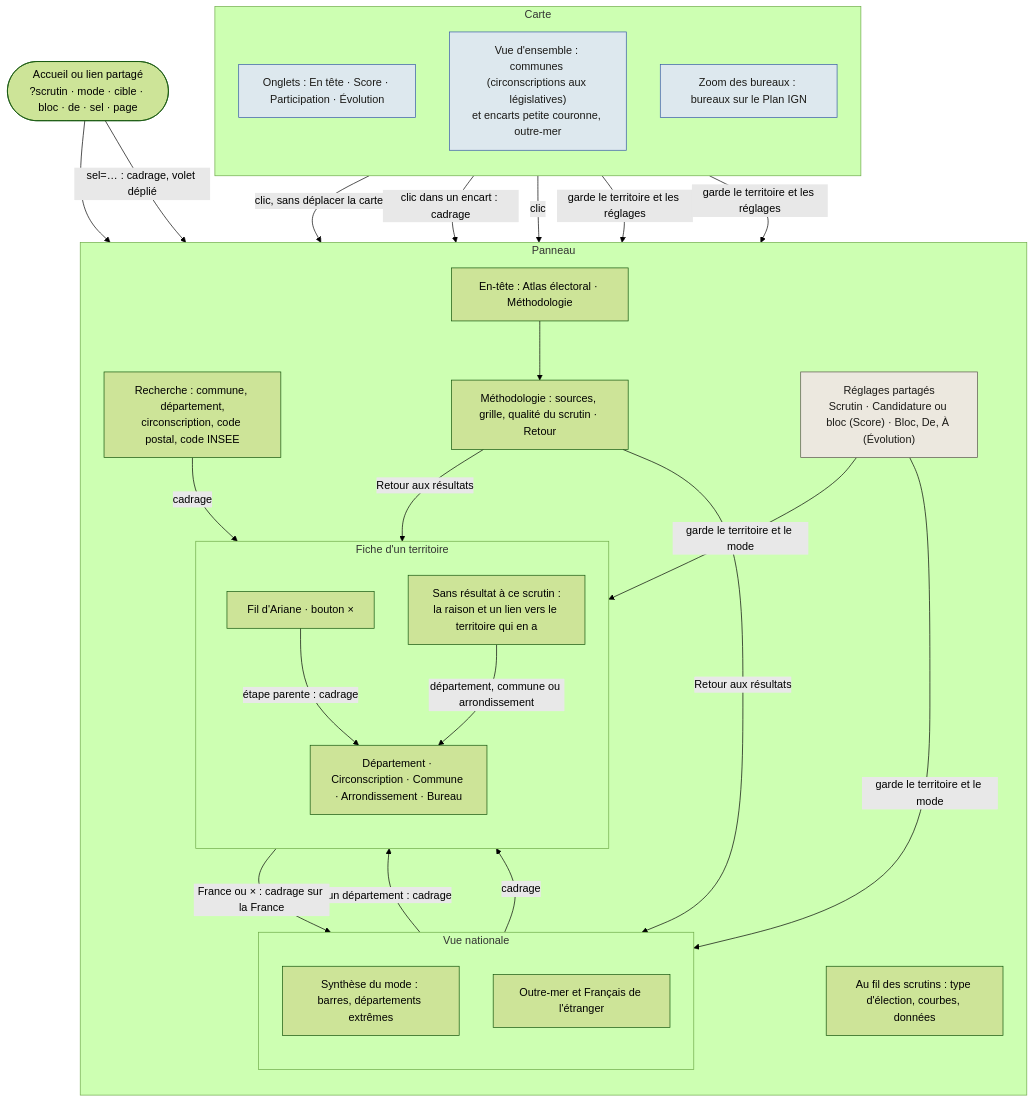
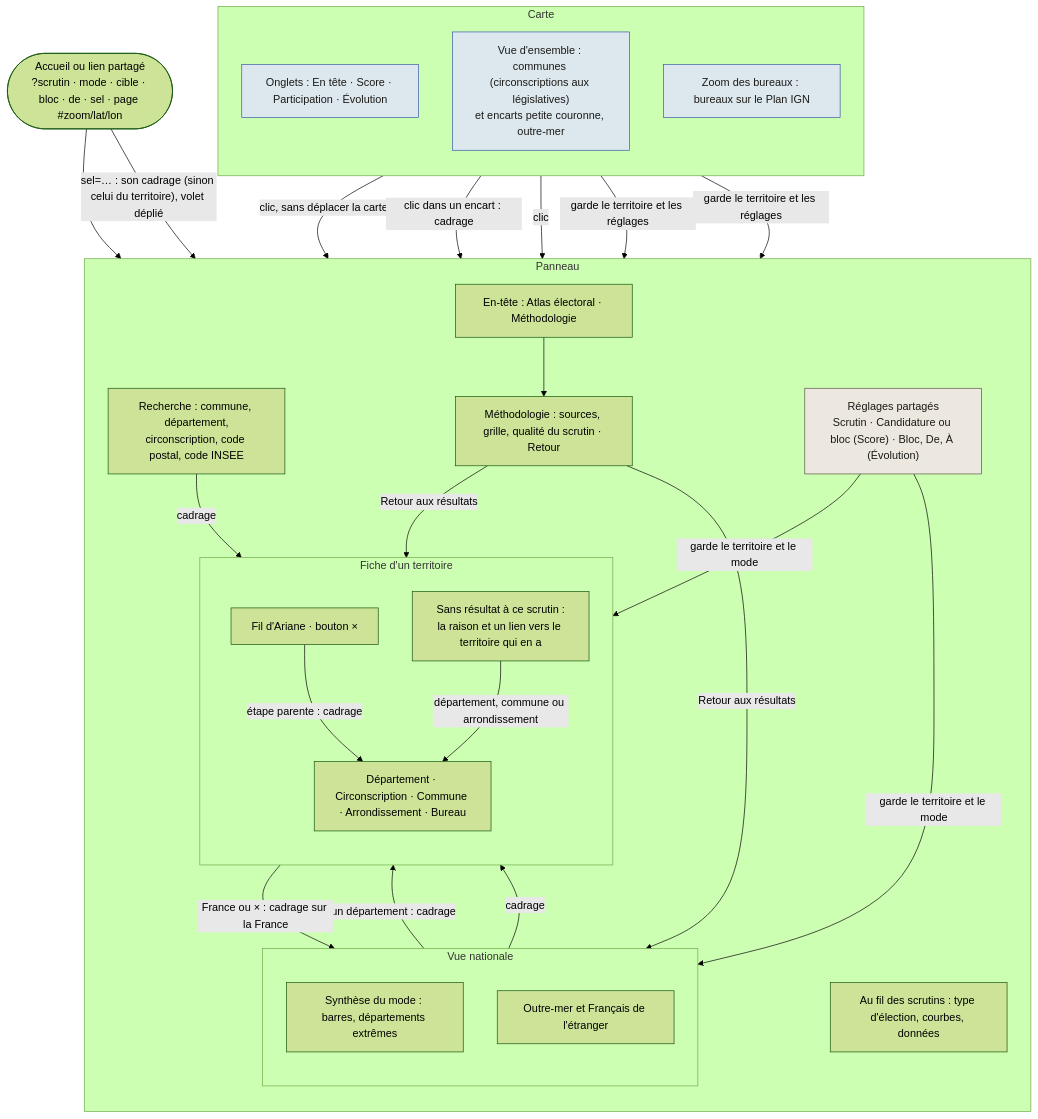
Before and after one commit to aurelien032-glitch/atlas-electoral: the diagram in docs/parcours-utilisateur.md, drawn with Mermaid (forest theme). The commit also changed other lines of this file and 6 other files, not shown here.

````diff
--- a/docs/parcours-utilisateur.md
+++ b/docs/parcours-utilisateur.md
@@ -21,50 +23,50 @@
 ```mermaid
 flowchart TB
   classDef reglage fill:#ece8df,stroke:#57534a,color:#1b1a17
   classDef carte fill:#dde8ee,stroke:#3558a6,color:#1b1a17
 
-  lien(["Accueil ou lien partagé<br/>?scrutin · mode · cible · bloc · de · sel · page"])
+  lien(["Accueil ou lien partagé<br/>?scrutin · mode · cible · bloc · de · sel · page #zoom/lat/lon"])
 
   subgraph panneau["Panneau"]
     direction TB
     entete["En-tête : Atlas électoral · Méthodologie"]
     recherche["Recherche : commune, département,<br/>circonscription, code postal, code INSEE"]
     reglages["Réglages partagés<br/>Scrutin · Candidature ou bloc (Score) · Bloc, De, À (Évolution)"]:::reglage
     subgraph apercu["Vue nationale"]
       direction TB
       synthese["Synthèse du mode : barres, départements extrêmes"]
       raccourcis["Outre-mer et Français de l'étranger"]
     end
     subgraph fiche["Fiche d'un territoire"]
       direction TB
       ariane["Fil d'Ariane · bouton ×"]
       niveaux["Département · Circonscription · Commune · Arrondissement · Bureau"]
       sansResultat["Sans résultat à ce scrutin :<br/>la raison et un lien vers le territoire qui en a"]
     end
     chrono["Au fil des scrutins : type d'élection, courbes, données"]
     methodo["Méthodologie : sources, grille, qualité du scrutin · Retour"]
   end
 
   subgraph carte["Carte"]
     direction TB
     onglets["Onglets : En tête · Score · Participation · Évolution"]:::carte
     ensemble["Vue d'ensemble : communes (circonscriptions aux législatives)<br/>et encarts petite couronne, outre-mer"]:::carte
     bureaux["Zoom des bureaux : bureaux sur le Plan IGN"]:::carte
   end
 
   lien --> apercu
-  lien -->|"sel=… : cadrage, volet déplié"| fiche
+  lien -->|"sel=… : son cadrage (sinon celui du territoire), volet déplié"| fiche
   reglages -->|"garde le territoire et le mode"| apercu & fiche
   onglets -->|"garde le territoire et les réglages"| apercu & fiche
   recherche -->|"cadrage"| niveaux
   synthese -->|"un département : cadrage"| niveaux
   raccourcis -->|"cadrage"| niveaux
   ensemble -->|"clic, sans déplacer la carte"| niveaux
   ensemble -->|"clic dans un encart : cadrage"| niveaux
   bureaux -->|"clic"| niveaux
   ariane -->|"étape parente : cadrage"| niveaux
   ariane -->|"France ou × : cadrage sur la France"| apercu
   sansResultat -->|"département, commune ou arrondissement"| niveaux
   entete --> methodo
   methodo -->|"Retour aux résultats"| apercu & fiche
 ```
````
